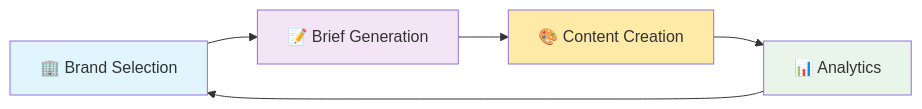
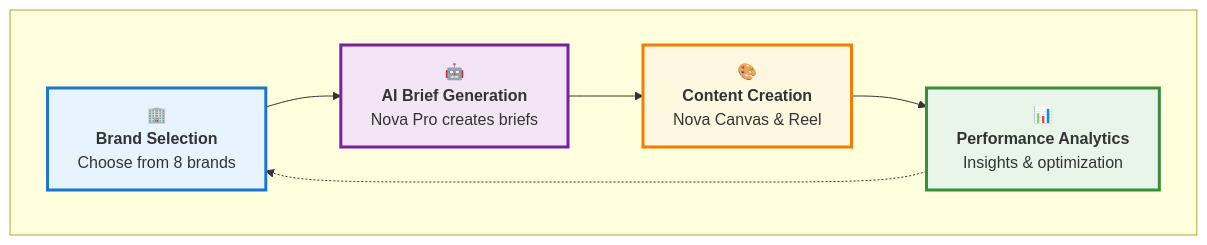
The diagram in README.md (AnnaBaturaS/AdCaleidoscope), drawn with Mermaid before and after one commit.

````diff
--- a/README.md
+++ b/README.md
@@ -71,12 +71,19 @@
 ```mermaid
-flowchart LR
-    A[🏢 Brand Selection] --> B[📝 Brief Generation]
-    B --> C[🎨 Content Creation]
-    C --> D[📊 Analytics]
-    D --> A
+graph TB
+    subgraph " "
+        A["🏢<br/><b>Brand Selection</b><br/>Choose from 8 brands"]
+        B["🤖<br/><b>AI Brief Generation</b><br/>Nova Pro creates briefs"]
+        C["🎨<br/><b>Content Creation</b><br/>Nova Canvas & Reel"]
+        D["📊<br/><b>Performance Analytics</b><br/>Insights & optimization"]
+    end
     
-    style A fill:#e1f5fe
-    style B fill:#f3e5f5
-    style C fill:#ffeaa7
-    style D fill:#e8f5e8
+    A --> B
+    B --> C
+    C --> D
+    D -.-> A
+    
+    style A fill:#e8f4fd,stroke:#1976d2,stroke-width:3px
+    style B fill:#f3e5f5,stroke:#7b1fa2,stroke-width:3px
+    style C fill:#fff8e1,stroke:#f57c00,stroke-width:3px
+    style D fill:#e8f5e8,stroke:#388e3c,stroke-width:3px
 ```
````
